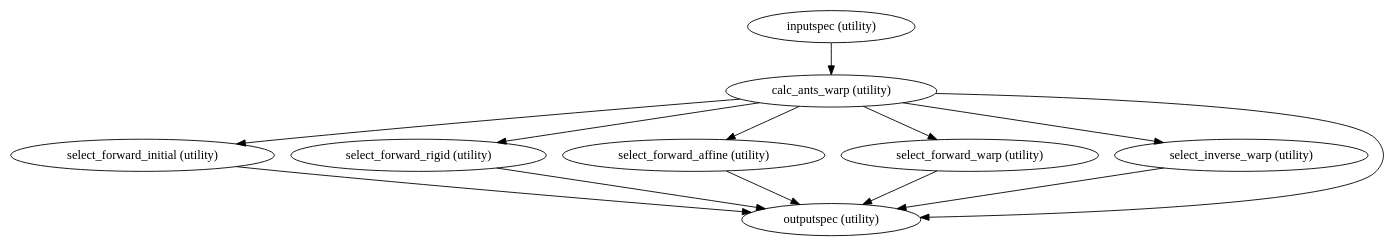
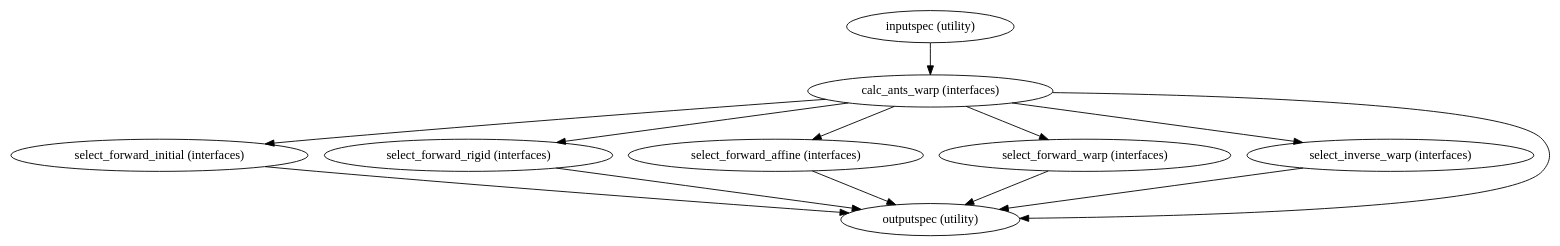
Before and after one commit to shnizzedy/fcp-indi.github.io: the diagram in docs/nightly/developer/workflows/images/generated/calculate_ants_warp.dot, drawn with Graphviz. The commit also changed 277 other files, not shown here.

```diff
--- a/docs/nightly/developer/workflows/images/generated/calculate_ants_warp.dot
+++ b/docs/nightly/developer/workflows/images/generated/calculate_ants_warp.dot
@@ -1,22 +1,22 @@
 strict digraph  {
 "inputspec (utility)";
-"calc_ants_warp (utility)";
-"select_forward_initial (utility)";
-"select_forward_rigid (utility)";
-"select_forward_affine (utility)";
-"select_forward_warp (utility)";
-"select_inverse_warp (utility)";
+"calc_ants_warp (interfaces)";
+"select_forward_initial (interfaces)";
+"select_forward_rigid (interfaces)";
+"select_forward_affine (interfaces)";
+"select_forward_warp (interfaces)";
+"select_inverse_warp (interfaces)";
 "outputspec (utility)";
-"inputspec (utility)" -> "calc_ants_warp (utility)";
-"calc_ants_warp (utility)" -> "select_forward_initial (utility)";
-"calc_ants_warp (utility)" -> "select_forward_rigid (utility)";
-"calc_ants_warp (utility)" -> "select_forward_affine (utility)";
-"calc_ants_warp (utility)" -> "select_forward_warp (utility)";
-"calc_ants_warp (utility)" -> "select_inverse_warp (utility)";
-"calc_ants_warp (utility)" -> "outputspec (utility)";
-"select_forward_initial (utility)" -> "outputspec (utility)";
-"select_forward_rigid (utility)" -> "outputspec (utility)";
-"select_forward_affine (utility)" -> "outputspec (utility)";
-"select_forward_warp (utility)" -> "outputspec (utility)";
-"select_inverse_warp (utility)" -> "outputspec (utility)";
+"inputspec (utility)" -> "calc_ants_warp (interfaces)";
+"calc_ants_warp (interfaces)" -> "select_forward_initial (interfaces)";
+"calc_ants_warp (interfaces)" -> "select_forward_rigid (interfaces)";
+"calc_ants_warp (interfaces)" -> "select_forward_affine (interfaces)";
+"calc_ants_warp (interfaces)" -> "select_forward_warp (interfaces)";
+"calc_ants_warp (interfaces)" -> "select_inverse_warp (interfaces)";
+"calc_ants_warp (interfaces)" -> "outputspec (utility)";
+"select_forward_initial (interfaces)" -> "outputspec (utility)";
+"select_forward_rigid (interfaces)" -> "outputspec (utility)";
+"select_forward_affine (interfaces)" -> "outputspec (utility)";
+"select_forward_warp (interfaces)" -> "outputspec (utility)";
+"select_inverse_warp (interfaces)" -> "outputspec (utility)";
 }
```
